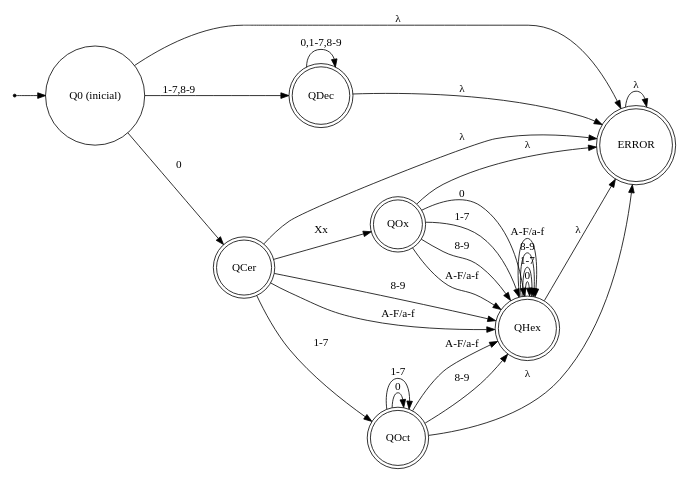
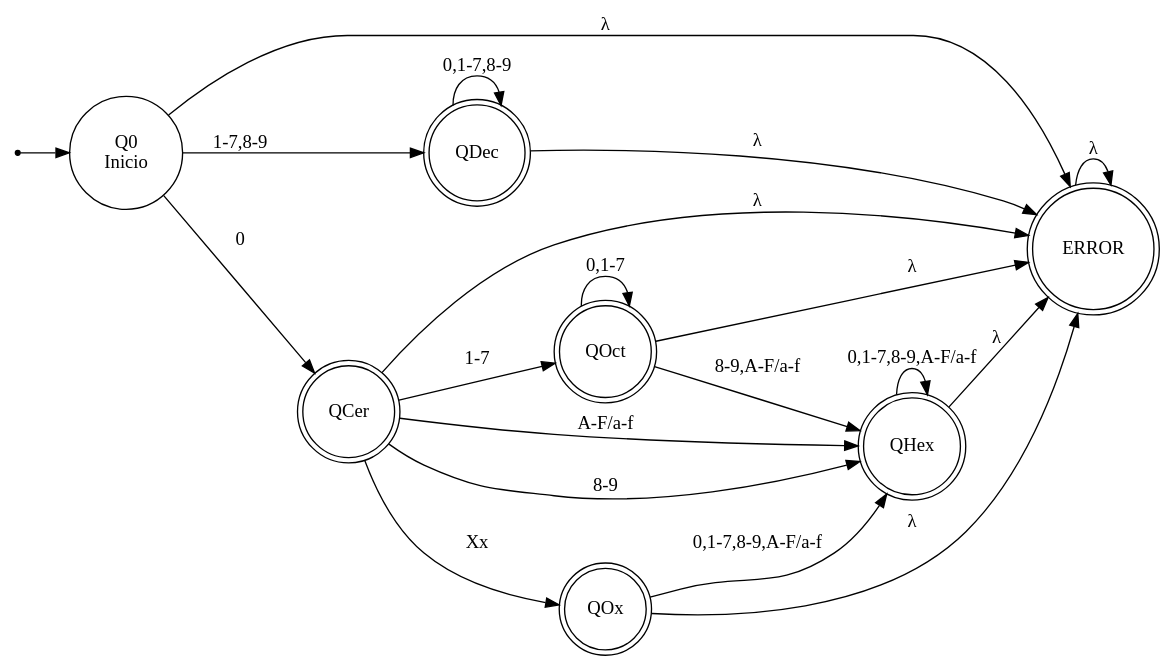
The diagram in AFD/automataFinDet.dot (mmercedesotero/Analizador-Sint-ctico-L-xico-y-Sem-ntico), drawn with Graphviz before and after one commit.

Commit message:
Siguiendo la tabla -Upd AFD Grafico

```diff
--- a/AFD/automataFinDet.dot
+++ b/AFD/automataFinDet.dot
@@ -1,48 +1,40 @@
 digraph AFD { 
   rankdir=LR; 
-  size="7";
+  size="13";
   node [shape=circle];
-  Q0     [label="Q0 (inicial)"];
+  Q0     [label="Q0\n Inicio"];
   QDec   [label="QDec", shape=doublecircle];
   QCer   [label="QCer", shape=doublecircle];
   QOx    [label="QOx", shape=doublecircle];
   QOct   [label="QOct", shape=doublecircle];
   QHex   [label="QHex", shape=doublecircle];
   QERROR  [label="ERROR", shape=doublecircle];
 
   inicio [shape=point];
   inicio -> Q0;
   // Q0
   Q0 -> QDec  [label="1-7,8-9"];
   Q0 -> QCer  [label="0"];
   Q0 -> QERROR [label="λ"];
   // QDec
   QDec -> QDec  [label="0,1-7,8-9"];
   QDec -> QERROR [label="λ"];
   // QCer
   QCer->QOct [label="1-7"];
   QCer->QHex [label="8-9"];
-  QCer->QOx   [label="Xx"];
-  QCer->QHex  [label="A-F/a-f"];
+  QCer->QOx  [label="Xx"];
+  QCer->QHex [label="A-F/a-f"];
   QCer -> QERROR [label="λ"];
   // QOx
-  QOx->QHex [label="0"];
-  QOx->QHex [label="1-7"];
-  QOx->QHex [label="8-9"];
-  QOx->QHex [label="A-F/a-f"];
+  QOx->QHex [label="0,1-7,8-9,A-F/a-f"];
   QOx -> QERROR [label="λ"];
   // QOct
-  QOct-> QOct [label="0"];
-  QOct-> QOct [label="1-7"];
-  QOct-> QHex [label="8-9"];
-  QOct-> QHex [label="A-F/a-f"];
+  QOct-> QOct [label="0,1-7"];
+  QOct-> QHex [label="8-9,A-F/a-f"]; 
   QOct -> QERROR [label="λ"];
   // QHex
-  QHex-> QHex [label="0"];
-  QHex-> QHex [label="1-7"];
-  QHex-> QHex [label="8-9"];
-  QHex-> QHex [label="A-F/a-f"];
+  QHex-> QHex [label="0,1-7,8-9,A-F/a-f"];
   QHex -> QERROR [label="λ"];
   // QERROR
   QERROR -> QERROR [label="λ"];
 } 
```
